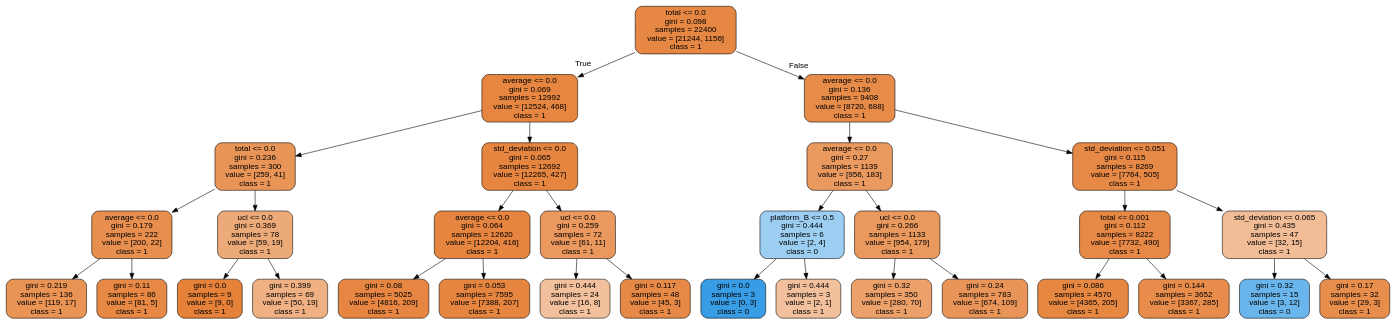
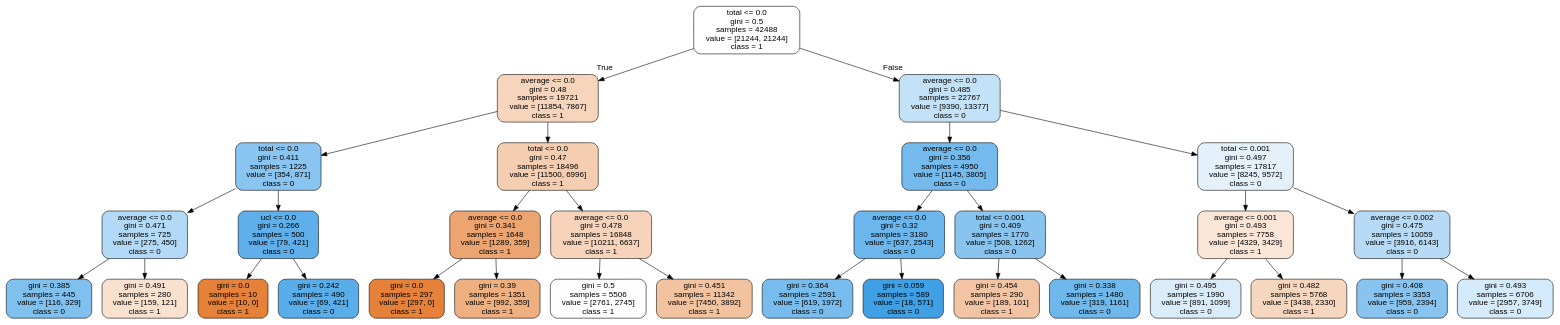
The diagram in data_tree3.dot (araygada/MachineLearning_TrabajoFinal), drawn with Graphviz before and after one commit. The commit also changed 6 other files, not shown here.

```diff
--- a/data_tree3.dot
+++ b/data_tree3.dot
@@ -1,65 +1,65 @@
 digraph Tree {
 node [shape=box, style="filled, rounded", color="black", fontname=helvetica] ;
 edge [fontname=helvetica] ;
-0 [label="total <= 0.0\ngini = 0.098\nsamples = 22400\nvalue = [21244, 1156]\nclass = 1", fillcolor="#e68844"] ;
-1 [label="average <= 0.0\ngini = 0.069\nsamples = 12992\nvalue = [12524, 468]\nclass = 1", fillcolor="#e68640"] ;
+0 [label="total <= 0.0\ngini = 0.5\nsamples = 42488\nvalue = [21244, 21244]\nclass = 1", fillcolor="#ffffff"] ;
+1 [label="average <= 0.0\ngini = 0.48\nsamples = 19721\nvalue = [11854, 7867]\nclass = 1", fillcolor="#f6d5bc"] ;
 0 -> 1 [labeldistance=2.5, labelangle=45, headlabel="True"] ;
-2 [label="total <= 0.0\ngini = 0.236\nsamples = 300\nvalue = [259, 41]\nclass = 1", fillcolor="#e99558"] ;
+2 [label="total <= 0.0\ngini = 0.411\nsamples = 1225\nvalue = [354, 871]\nclass = 0", fillcolor="#89c5f0"] ;
 1 -> 2 ;
-3 [label="average <= 0.0\ngini = 0.179\nsamples = 222\nvalue = [200, 22]\nclass = 1", fillcolor="#e88f4f"] ;
+3 [label="average <= 0.0\ngini = 0.471\nsamples = 725\nvalue = [275, 450]\nclass = 0", fillcolor="#b2d9f5"] ;
 2 -> 3 ;
-4 [label="gini = 0.219\nsamples = 136\nvalue = [119, 17]\nclass = 1", fillcolor="#e99355"] ;
+4 [label="gini = 0.385\nsamples = 445\nvalue = [116, 329]\nclass = 0", fillcolor="#7fc0ee"] ;
 3 -> 4 ;
-5 [label="gini = 0.11\nsamples = 86\nvalue = [81, 5]\nclass = 1", fillcolor="#e78945"] ;
+5 [label="gini = 0.491\nsamples = 280\nvalue = [159, 121]\nclass = 1", fillcolor="#f9e1d0"] ;
 3 -> 5 ;
-6 [label="ucl <= 0.0\ngini = 0.369\nsamples = 78\nvalue = [59, 19]\nclass = 1", fillcolor="#edaa79"] ;
+6 [label="ucl <= 0.0\ngini = 0.266\nsamples = 500\nvalue = [79, 421]\nclass = 0", fillcolor="#5eafea"] ;
 2 -> 6 ;
-7 [label="gini = 0.0\nsamples = 9\nvalue = [9, 0]\nclass = 1", fillcolor="#e58139"] ;
+7 [label="gini = 0.0\nsamples = 10\nvalue = [10, 0]\nclass = 1", fillcolor="#e58139"] ;
 6 -> 7 ;
-8 [label="gini = 0.399\nsamples = 69\nvalue = [50, 19]\nclass = 1", fillcolor="#efb184"] ;
+8 [label="gini = 0.242\nsamples = 490\nvalue = [69, 421]\nclass = 0", fillcolor="#59ade9"] ;
 6 -> 8 ;
-9 [label="std_deviation <= 0.0\ngini = 0.065\nsamples = 12692\nvalue = [12265, 427]\nclass = 1", fillcolor="#e68540"] ;
+9 [label="total <= 0.0\ngini = 0.47\nsamples = 18496\nvalue = [11500, 6996]\nclass = 1", fillcolor="#f5ceb1"] ;
 1 -> 9 ;
-10 [label="average <= 0.0\ngini = 0.064\nsamples = 12620\nvalue = [12204, 416]\nclass = 1", fillcolor="#e68540"] ;
+10 [label="average <= 0.0\ngini = 0.341\nsamples = 1648\nvalue = [1289, 359]\nclass = 1", fillcolor="#eca470"] ;
 9 -> 10 ;
-11 [label="gini = 0.08\nsamples = 5025\nvalue = [4816, 209]\nclass = 1", fillcolor="#e68642"] ;
+11 [label="gini = 0.0\nsamples = 297\nvalue = [297, 0]\nclass = 1", fillcolor="#e58139"] ;
 10 -> 11 ;
-12 [label="gini = 0.053\nsamples = 7595\nvalue = [7388, 207]\nclass = 1", fillcolor="#e6853f"] ;
+12 [label="gini = 0.39\nsamples = 1351\nvalue = [992, 359]\nclass = 1", fillcolor="#eeaf81"] ;
 10 -> 12 ;
-13 [label="ucl <= 0.0\ngini = 0.259\nsamples = 72\nvalue = [61, 11]\nclass = 1", fillcolor="#ea985d"] ;
+13 [label="average <= 0.0\ngini = 0.478\nsamples = 16848\nvalue = [10211, 6637]\nclass = 1", fillcolor="#f6d3ba"] ;
 9 -> 13 ;
-14 [label="gini = 0.444\nsamples = 24\nvalue = [16, 8]\nclass = 1", fillcolor="#f2c09c"] ;
+14 [label="gini = 0.5\nsamples = 5506\nvalue = [2761, 2745]\nclass = 1", fillcolor="#fffefe"] ;
 13 -> 14 ;
-15 [label="gini = 0.117\nsamples = 48\nvalue = [45, 3]\nclass = 1", fillcolor="#e78946"] ;
+15 [label="gini = 0.451\nsamples = 11342\nvalue = [7450, 3892]\nclass = 1", fillcolor="#f3c3a0"] ;
 13 -> 15 ;
-16 [label="average <= 0.0\ngini = 0.136\nsamples = 9408\nvalue = [8720, 688]\nclass = 1", fillcolor="#e78b49"] ;
+16 [label="average <= 0.0\ngini = 0.485\nsamples = 22767\nvalue = [9390, 13377]\nclass = 0", fillcolor="#c4e2f7"] ;
 0 -> 16 [labeldistance=2.5, labelangle=-45, headlabel="False"] ;
-17 [label="average <= 0.0\ngini = 0.27\nsamples = 1139\nvalue = [956, 183]\nclass = 1", fillcolor="#ea995f"] ;
+17 [label="average <= 0.0\ngini = 0.356\nsamples = 4950\nvalue = [1145, 3805]\nclass = 0", fillcolor="#75baed"] ;
 16 -> 17 ;
-18 [label="platform_B <= 0.5\ngini = 0.444\nsamples = 6\nvalue = [2, 4]\nclass = 0", fillcolor="#9ccef2"] ;
+18 [label="average <= 0.0\ngini = 0.32\nsamples = 3180\nvalue = [637, 2543]\nclass = 0", fillcolor="#6bb6ec"] ;
 17 -> 18 ;
-19 [label="gini = 0.0\nsamples = 3\nvalue = [0, 3]\nclass = 0", fillcolor="#399de5"] ;
+19 [label="gini = 0.364\nsamples = 2591\nvalue = [619, 1972]\nclass = 0", fillcolor="#77bced"] ;
 18 -> 19 ;
-20 [label="gini = 0.444\nsamples = 3\nvalue = [2, 1]\nclass = 1", fillcolor="#f2c09c"] ;
+20 [label="gini = 0.059\nsamples = 589\nvalue = [18, 571]\nclass = 0", fillcolor="#3fa0e6"] ;
 18 -> 20 ;
-21 [label="ucl <= 0.0\ngini = 0.266\nsamples = 1133\nvalue = [954, 179]\nclass = 1", fillcolor="#ea995e"] ;
+21 [label="total <= 0.001\ngini = 0.409\nsamples = 1770\nvalue = [508, 1262]\nclass = 0", fillcolor="#89c4ef"] ;
 17 -> 21 ;
-22 [label="gini = 0.32\nsamples = 350\nvalue = [280, 70]\nclass = 1", fillcolor="#eca06a"] ;
+22 [label="gini = 0.454\nsamples = 290\nvalue = [189, 101]\nclass = 1", fillcolor="#f3c4a3"] ;
 21 -> 22 ;
-23 [label="gini = 0.24\nsamples = 783\nvalue = [674, 109]\nclass = 1", fillcolor="#e99559"] ;
+23 [label="gini = 0.338\nsamples = 1480\nvalue = [319, 1161]\nclass = 0", fillcolor="#6fb8ec"] ;
 21 -> 23 ;
-24 [label="std_deviation <= 0.051\ngini = 0.115\nsamples = 8269\nvalue = [7764, 505]\nclass = 1", fillcolor="#e78946"] ;
+24 [label="total <= 0.001\ngini = 0.497\nsamples = 17817\nvalue = [8245, 9572]\nclass = 0", fillcolor="#e4f1fb"] ;
 16 -> 24 ;
-25 [label="total <= 0.001\ngini = 0.112\nsamples = 8222\nvalue = [7732, 490]\nclass = 1", fillcolor="#e78946"] ;
+25 [label="average <= 0.001\ngini = 0.493\nsamples = 7758\nvalue = [4329, 3429]\nclass = 1", fillcolor="#fae5d6"] ;
 24 -> 25 ;
-26 [label="gini = 0.086\nsamples = 4570\nvalue = [4365, 205]\nclass = 1", fillcolor="#e68742"] ;
+26 [label="gini = 0.495\nsamples = 1990\nvalue = [891, 1099]\nclass = 0", fillcolor="#daecfa"] ;
 25 -> 26 ;
-27 [label="gini = 0.144\nsamples = 3652\nvalue = [3367, 285]\nclass = 1", fillcolor="#e78c4a"] ;
+27 [label="gini = 0.482\nsamples = 5768\nvalue = [3438, 2330]\nclass = 1", fillcolor="#f7d6bf"] ;
 25 -> 27 ;
-28 [label="std_deviation <= 0.065\ngini = 0.435\nsamples = 47\nvalue = [32, 15]\nclass = 1", fillcolor="#f1bc96"] ;
+28 [label="average <= 0.002\ngini = 0.475\nsamples = 10059\nvalue = [3916, 6143]\nclass = 0", fillcolor="#b7dbf6"] ;
 24 -> 28 ;
-29 [label="gini = 0.32\nsamples = 15\nvalue = [3, 12]\nclass = 0", fillcolor="#6ab6ec"] ;
+29 [label="gini = 0.408\nsamples = 3353\nvalue = [959, 2394]\nclass = 0", fillcolor="#88c4ef"] ;
 28 -> 29 ;
-30 [label="gini = 0.17\nsamples = 32\nvalue = [29, 3]\nclass = 1", fillcolor="#e88e4d"] ;
+30 [label="gini = 0.493\nsamples = 6706\nvalue = [2957, 3749]\nclass = 0", fillcolor="#d5eafa"] ;
 28 -> 30 ;
 }
```
